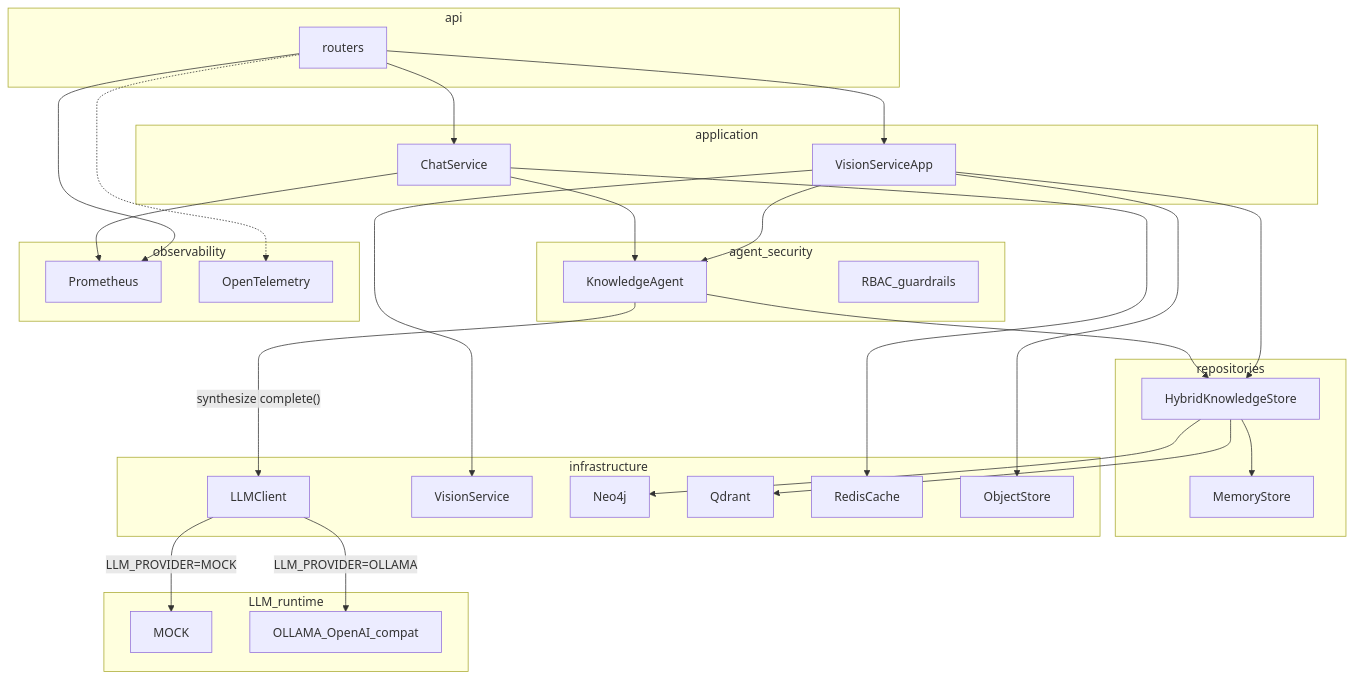
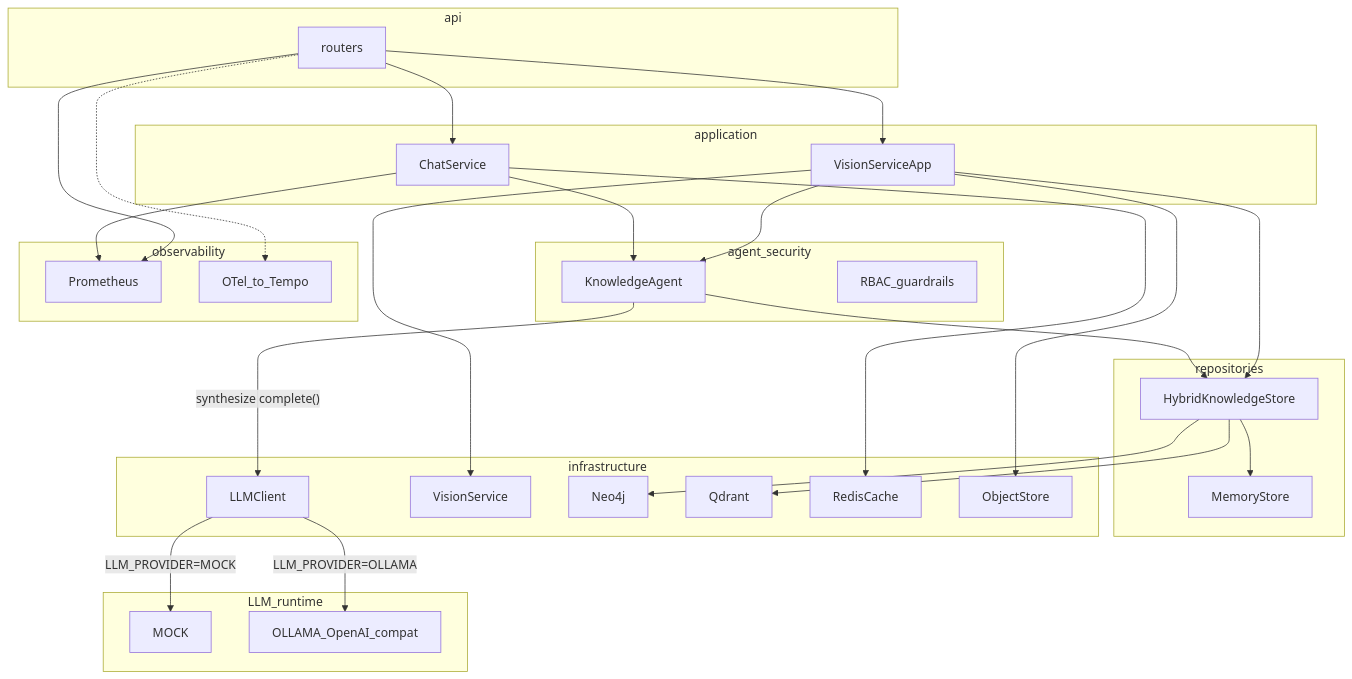
One commit to YuesIt17/yuit-docs-ai-architect-platform changed the second of 2 diagrams in app/backend/README.md. Above: the diagram before and after it, drawn with Mermaid. The commit also changed other lines of this file and 37 other files, not shown here.

````diff
--- a/app/backend/README.md
+++ b/app/backend/README.md
@@ -83,52 +83,52 @@
 ```mermaid
 flowchart TB
   subgraph apiLayer [api]
     Routers[routers]
   end
   subgraph appLayer [application]
     ChatUC[ChatService]
     VisionUC[VisionServiceApp]
   end
   subgraph core [agent_security]
     Agent[KnowledgeAgent]
     RBAC[RBAC_guardrails]
   end
   subgraph repos [repositories]
     Hybrid[HybridKnowledgeStore]
     Memory[MemoryStore]
   end
   subgraph infra [infrastructure]
     LLMClient[LLMClient]
     VisionSvc[VisionService]
     Neo4j[Neo4j]
     Qdrant[Qdrant]
     Redis[RedisCache]
     MinIO[ObjectStore]
   end
   subgraph llmRuntime [LLM_runtime]
     MockLLM[MOCK]
     Ollama[OLLAMA_OpenAI_compat]
   end
   subgraph obs [observability]
     Prom[Prometheus]
-    OTel[OpenTelemetry]
+    OTel[OTel_to_Tempo]
   end
   Routers --> ChatUC
   Routers --> VisionUC
   ChatUC --> Agent
   VisionUC --> Agent
   ChatUC --> Redis
   Agent --> Hybrid
   Agent -->|"synthesize complete()"| LLMClient
   VisionUC --> VisionSvc
   VisionUC --> Hybrid
   VisionUC --> MinIO
   Hybrid --> Memory
   Hybrid --> Neo4j
   Hybrid --> Qdrant
   LLMClient -->|"LLM_PROVIDER=MOCK"| MockLLM
   LLMClient -->|"LLM_PROVIDER=OLLAMA"| Ollama
   ChatUC --> Prom
   Routers --> Prom
   Routers -.-> OTel
 ```
````
